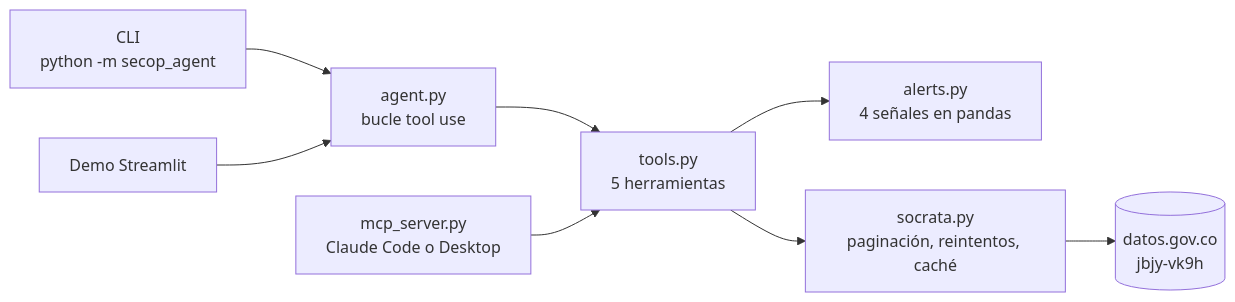
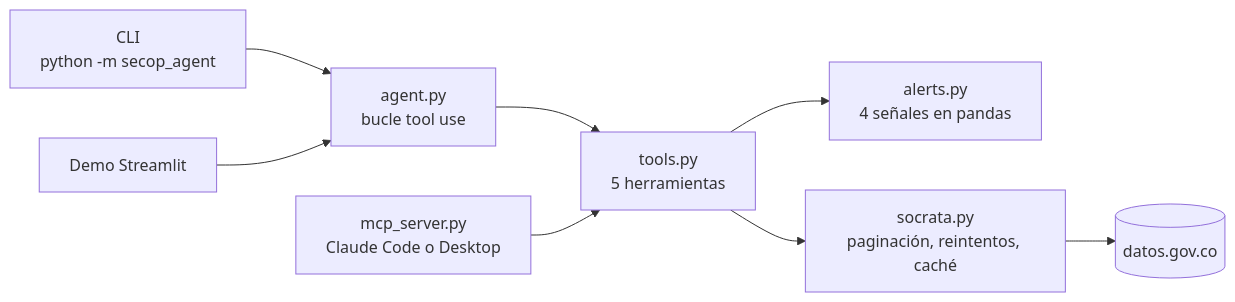
One commit to Jagudelo14/secop-agent changed the diagram in README.md. Above: the diagram before and after it, drawn with Mermaid. The commit also changed other lines of this file and 2 other files, not shown here.

````diff
--- a/README.md
+++ b/README.md
@@ -42,10 +73,10 @@
 ```mermaid
 flowchart LR
     CLI["CLI<br/>python -m secop_agent"] --> AG
     WEB["Demo Streamlit"] --> AG
     AG["agent.py<br/>bucle tool use"] --> T
     MCP["mcp_server.py<br/>Claude Code o Desktop"] --> T
     T["tools.py<br/>5 herramientas"] --> AL["alerts.py<br/>4 señales en pandas"]
     T --> SC["socrata.py<br/>paginación, reintentos, caché"]
-    SC --> API[("datos.gov.co<br/>jbjy-vk9h")]
+    SC --> API[("datos.gov.co")]
 ```
````
